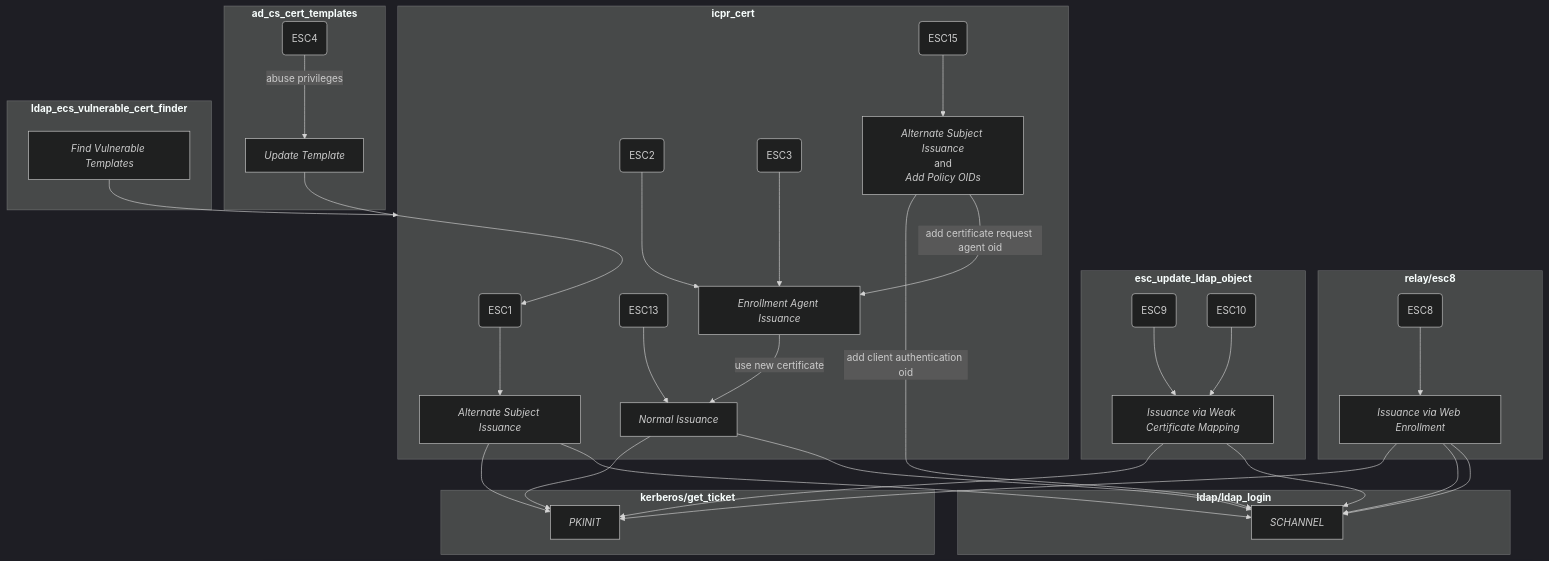
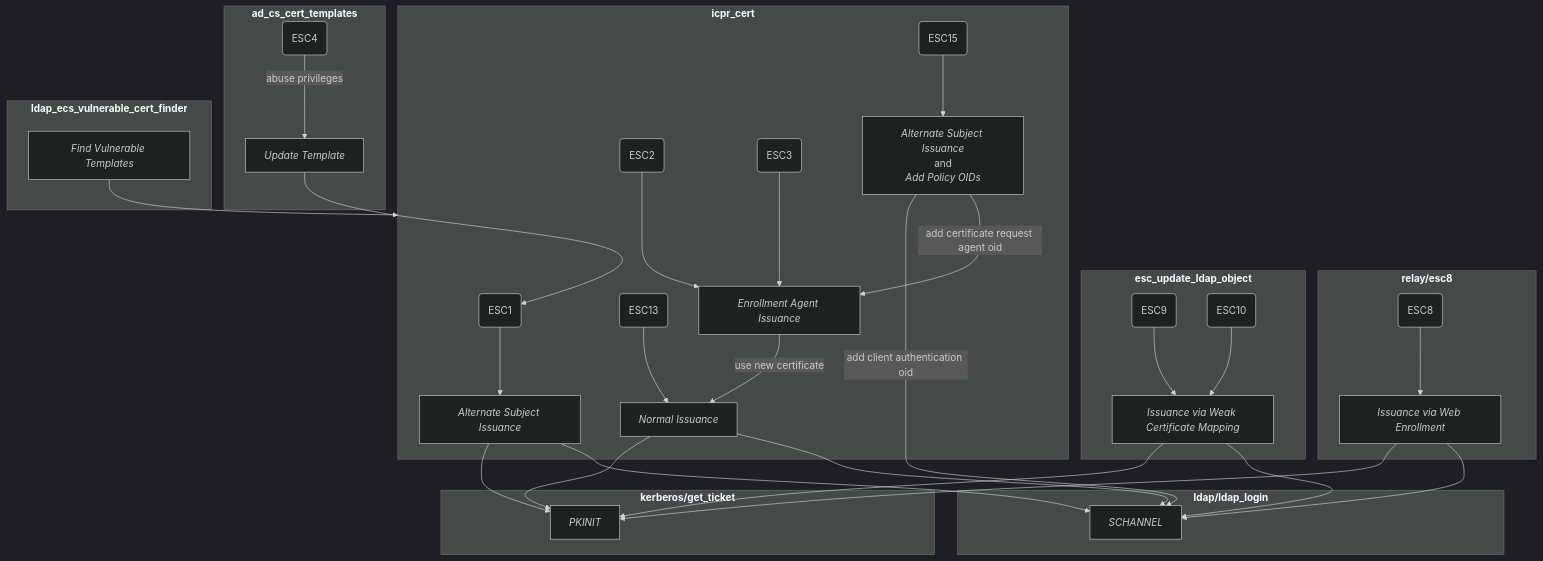
Before and after one commit to rapid7/metasploit-framework: the first of 2 diagrams in docs/metasploit-framework.wiki/ad-certificates/Attacking-AD-CS-ESC-Vulnerabilities.md, drawn with Mermaid (dark theme). The commit also changed 2 other files, not shown here.

Commit message:
Apply suggestions from code review

````diff
--- a/docs/metasploit-framework.wiki/ad-certificates/Attacking-AD-CS-ESC-Vulnerabilities.md
+++ b/docs/metasploit-framework.wiki/ad-certificates/Attacking-AD-CS-ESC-Vulnerabilities.md
@@ -6,56 +6,55 @@
 ```mermaid
 flowchart TD
     subgraph ad_cs_cert_templates[<b>ad_cs_cert_templates</b>]
         ESC4(ESC4)
         update_template[<i>Update Template</i>]
         ESC4 -- abuse privileges --> update_template
     end
     subgraph relay/esc8[<b>relay/esc8</b>]
         ESC8(ESC8)
         ESC8 --> web_enrollment[<i>Issuance via Web Enrollment</i>]
     end
     subgraph esc_update_ldap_object[<b>esc_update_ldap_object</b>]
         ESC9(ESC9) --> weak_certificate_mapping[<i>Issuance via Weak Certificate Mapping</i>]
         ESC10(ESC10) --> weak_certificate_mapping[<i>Issuance via Weak Certificate Mapping</i>]
     end
     subgraph icpr_cert[<b>icpr_cert</b>]
         ESC1(ESC1)
         ESC2(ESC2)
         ESC3(ESC3)
         ESC13(ESC13)
         ESC15(ESC15)
         alt_subject[<i>Alternate Subject Issuance</i>]
         add_policies[<i>Alternate Subject Issuance</i><br>and<br><i>Add Policy OIDs</i>]
         as_eagent[<i>Enrollment Agent Issuance</i>]
         normal[<i>Normal Issuance</i>]
 
         ESC1 --> alt_subject
         ESC2 --> as_eagent
         ESC3 --> as_eagent
         ESC13 --> normal
         ESC15 --> add_policies
         as_eagent -- use new certificate --> normal
     end
     subgraph kerberos/get_ticket[<b>kerberos/get_ticket</b>]
         PKINIT[<i>PKINIT</i>]
     end
     subgraph ldap/ldap_login[<b>ldap/ldap_login</b>]
         SCHANNEL[<i>SCHANNEL</i>]
     end
     subgraph ldap_esc_vulnerable_cert_finder[<b>ldap_ecs_vulnerable_cert_finder</b>]
         find_vulnerable_templates[<i>Find Vulnerable Templates</i>]
     end
     add_policies -- add client authentication oid --> SCHANNEL
     add_policies -- add certificate request agent oid --> as_eagent
     alt_subject --> PKINIT
     alt_subject --> SCHANNEL
     find_vulnerable_templates --> icpr_cert
     normal --> PKINIT
     normal --> SCHANNEL
     update_template --> ESC1
     web_enrollment --> PKINIT
     web_enrollment --> SCHANNEL
-    web_enrollment --> SCHANNEL
     weak_certificate_mapping --> PKINIT
     weak_certificate_mapping --> SCHANNEL
 ```
````
